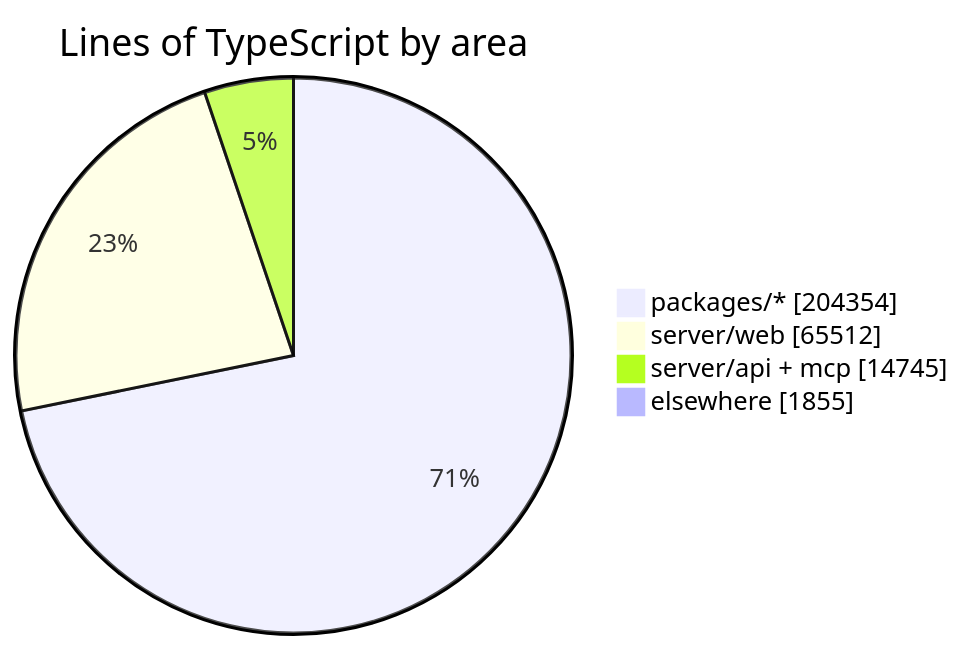
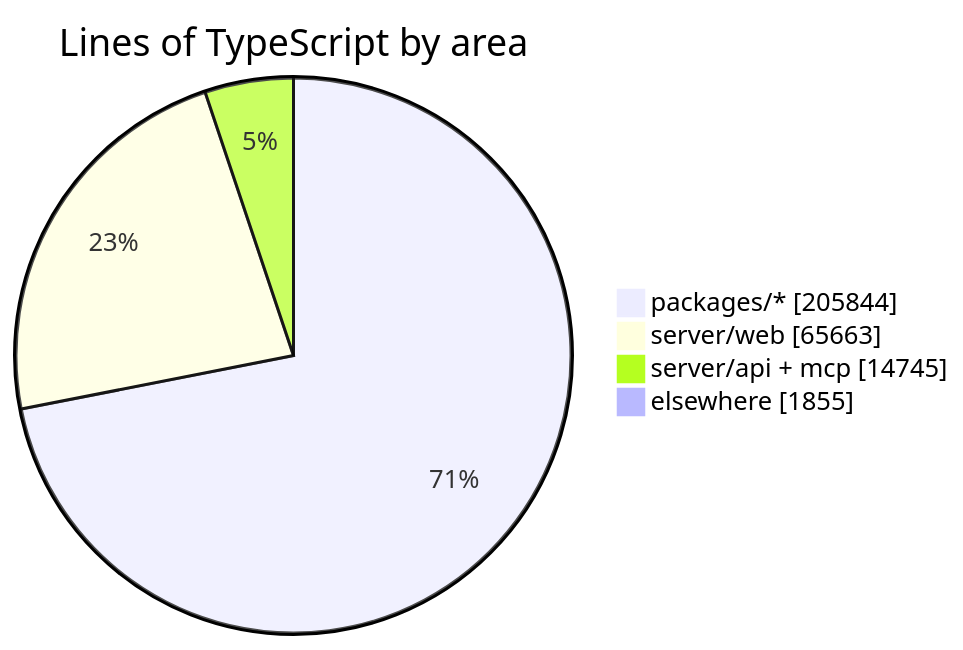
The diagram in README.md (crossworks-engineering/mantle), drawn with Mermaid before and after one commit. The commit also changed other lines of this file and 2 other files, not shown here.

````diff
--- a/README.md
+++ b/README.md
@@ -287,7 +287,7 @@
 ```mermaid
 pie showData title Lines of TypeScript by area
-    "packages/*" : 204354
-    "server/web" : 65512
+    "packages/*" : 205844
+    "server/web" : 65663
     "server/api + mcp" : 14745
     "elsewhere" : 1855
 ```
````
